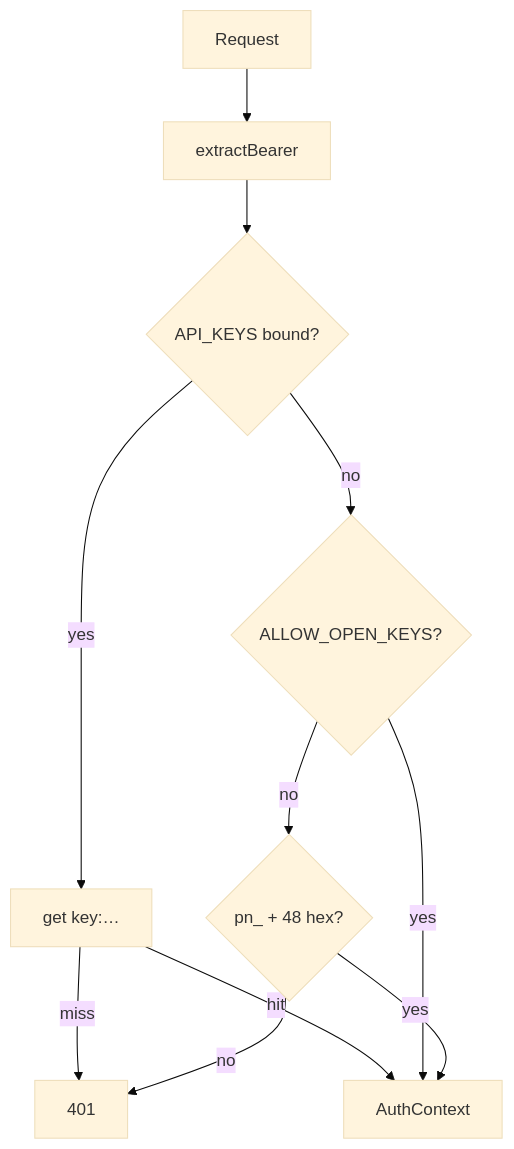
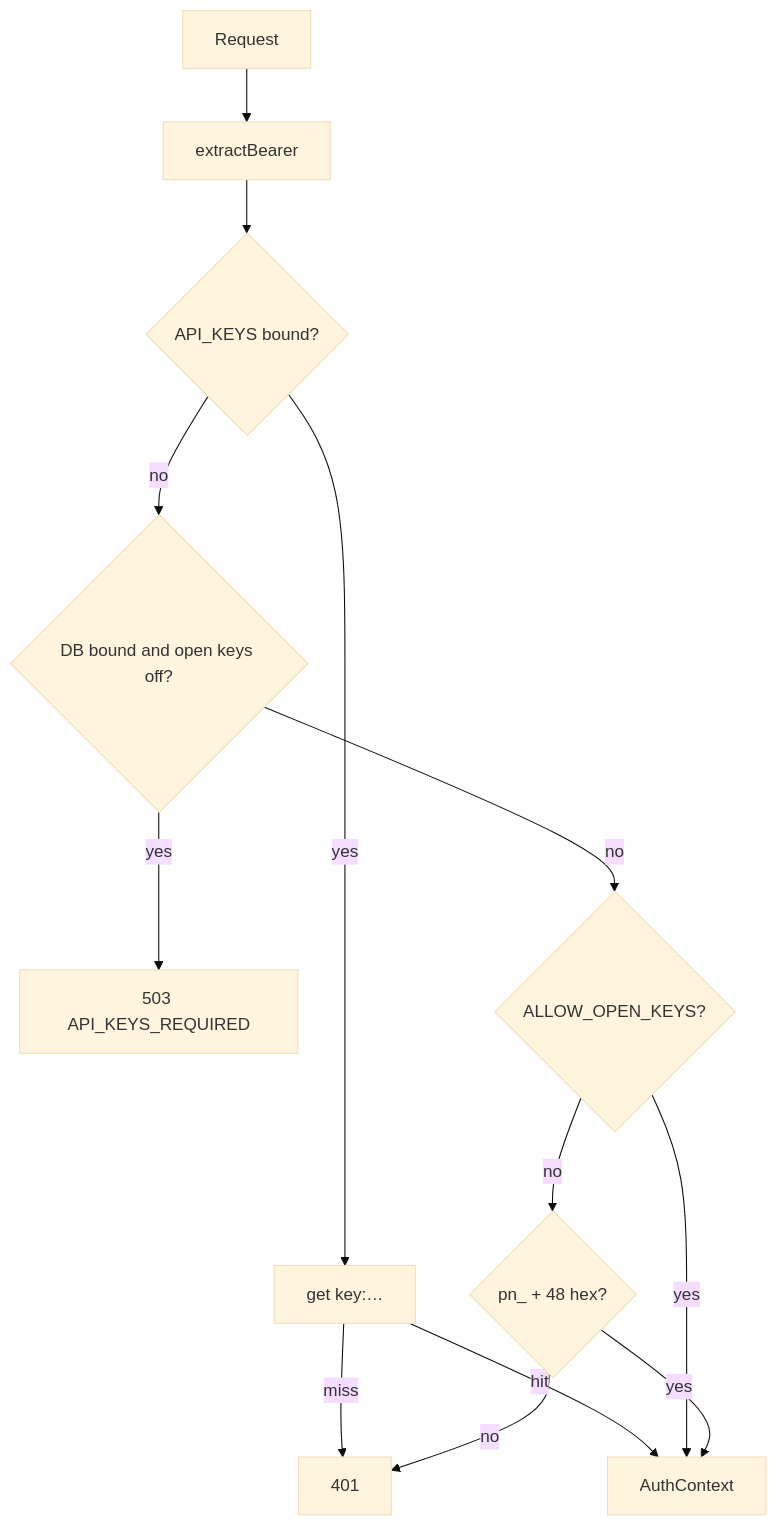
One commit to hoox-sh/axis changed the diagram in docs/worker/auth.mdx. Above: the diagram before and after it, drawn with Mermaid (base theme). The commit also changed other lines of this file and 34 other files, not shown here.

````diff
--- a/docs/worker/auth.mdx
+++ b/docs/worker/auth.mdx
@@ -35,14 +35,16 @@
 ```mermaid
 flowchart TD
   REQ[Request]
   REQ --> BEARER[extractBearer]
   BEARER --> KV{API_KEYS bound?}
   KV -->|yes| LOOKUP[get key:…]
   LOOKUP -->|miss| 401
   LOOKUP -->|hit| CTX[AuthContext]
-  KV -->|no| OPEN{ALLOW_OPEN_KEYS?}
+  KV -->|no| D1{DB bound and open keys off?}
+  D1 -->|yes| FAIL[503 API_KEYS_REQUIRED]
+  D1 -->|no| OPEN{ALLOW_OPEN_KEYS?}
   OPEN -->|yes| CTX
   OPEN -->|no| SHAPE{pn_ + 48 hex?}
   SHAPE -->|yes| CTX
   SHAPE -->|no| 401
 ```
````
